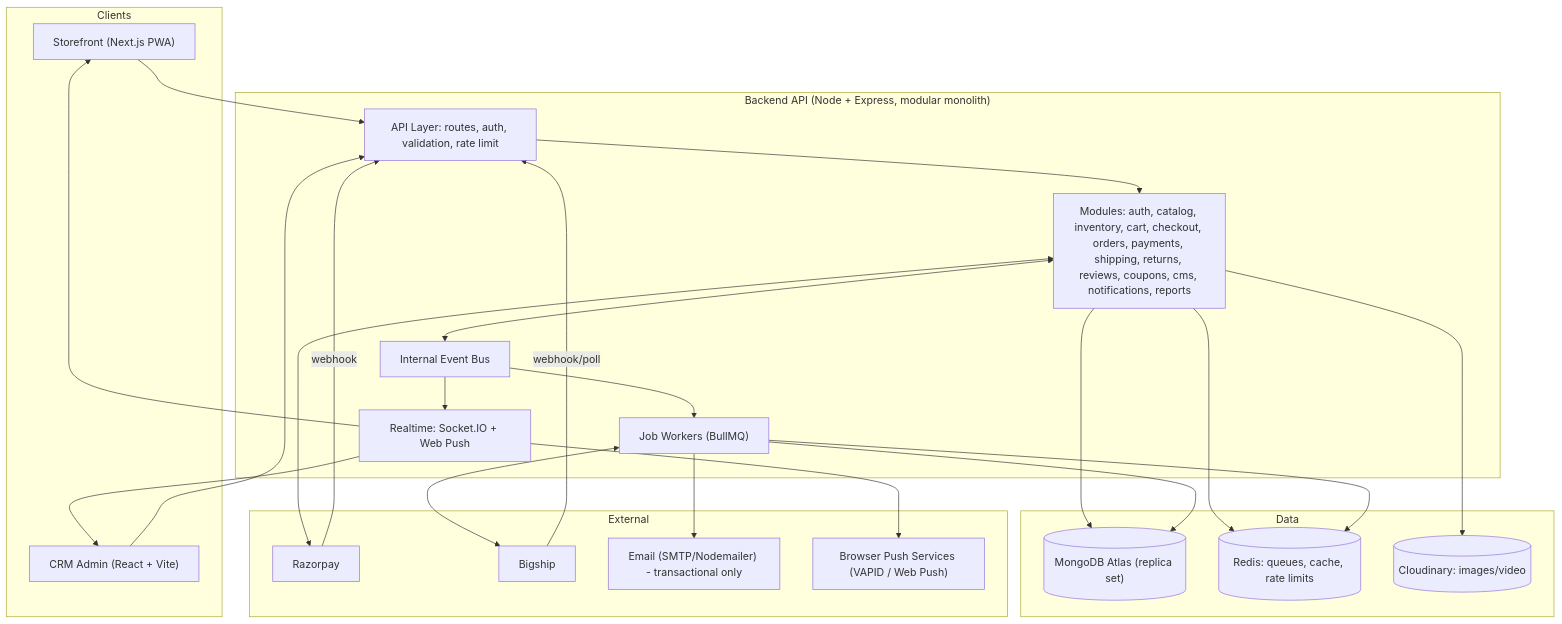
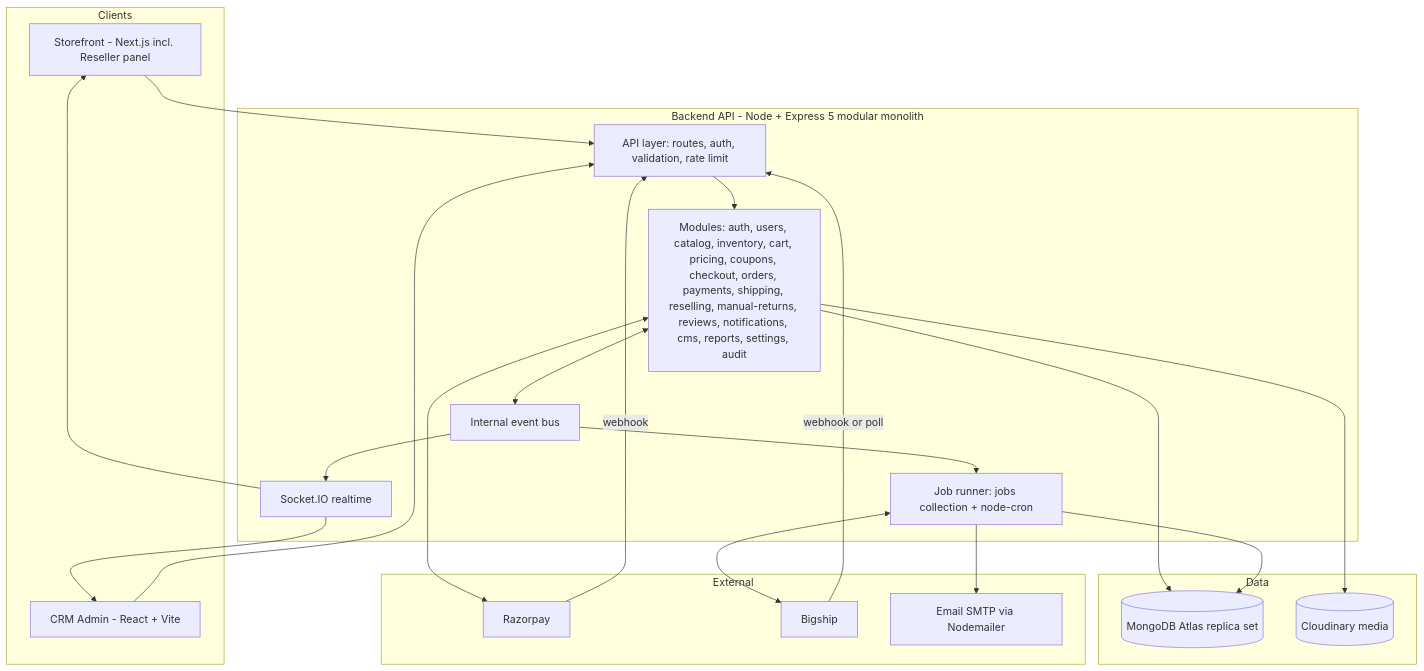
Before and after one commit to subhrajit455/younora: the first of 11 diagrams in docs/PLAN.md, drawn with Mermaid. The commit also changed other lines of this file and 17 other files, not shown here.

````diff
--- a/docs/PLAN.md
+++ b/docs/PLAN.md
@@ -254,48 +220,43 @@
 ```mermaid
 flowchart TB
   subgraph Clients
-    SF["Storefront (Next.js PWA)"]
-    CRM["CRM Admin (React + Vite)"]
+    SF["Storefront - Next.js incl. Reseller panel"]
+    CRM["CRM Admin - React + Vite"]
   end
 
-  subgraph Backend["Backend API (Node + Express, modular monolith)"]
-    GW["API Layer: routes, auth, validation, rate limit"]
-    MOD["Modules: auth, catalog, inventory, cart, checkout, orders, payments, shipping, returns, reviews, coupons, cms, notifications, reports"]
-    BUS["Internal Event Bus"]
-    JOBS["Job Workers (BullMQ)"]
-    RT["Realtime: Socket.IO + Web Push"]
+  subgraph Backend["Backend API - Node + Express 5 modular monolith"]
+    API["API layer: routes, auth, validation, rate limit"]
+    MOD["Modules: auth, users, catalog, inventory, cart, pricing, coupons, checkout, orders, payments, shipping, reselling, manual-returns, reviews, notifications, cms, reports, settings, audit"]
+    BUS["Internal event bus"]
+    JOBS["Job runner: jobs collection + node-cron"]
+    RT["Socket.IO realtime"]
   end
 
   subgraph Data
-    DB[("MongoDB Atlas (replica set)")]
-    REDIS[("Redis: queues, cache, rate limits")]
-    CDN[("Cloudinary: images/video")]
+    DB[("MongoDB Atlas replica set")]
+    CDN[("Cloudinary media")]
   end
 
   subgraph External
     RZP["Razorpay"]
     BIG["Bigship"]
-    MAIL["Email (SMTP/Nodemailer) - transactional only"]
-    PUSH["Browser Push Services (VAPID / Web Push)"]
+    MAIL["Email SMTP via Nodemailer"]
   end
 
-  SF --> GW
-  CRM --> GW
-  GW --> MOD
+  SF --> API
+  CRM --> API
+  API --> MOD
   MOD <--> BUS
   BUS --> JOBS
   BUS --> RT
   MOD --> DB
   JOBS --> DB
-  MOD --> REDIS
-  JOBS --> REDIS
   MOD --> CDN
   MOD <--> RZP
   JOBS <--> BIG
   JOBS --> MAIL
-  RT --> PUSH
   RT --> SF
   RT --> CRM
-  RZP -- webhook --> GW
-  BIG -- webhook/poll --> GW
+  RZP -- webhook --> API
+  BIG -- webhook or poll --> API
 ```
````
